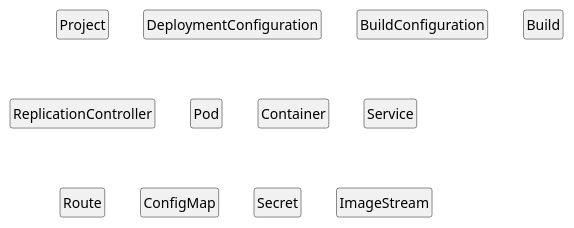
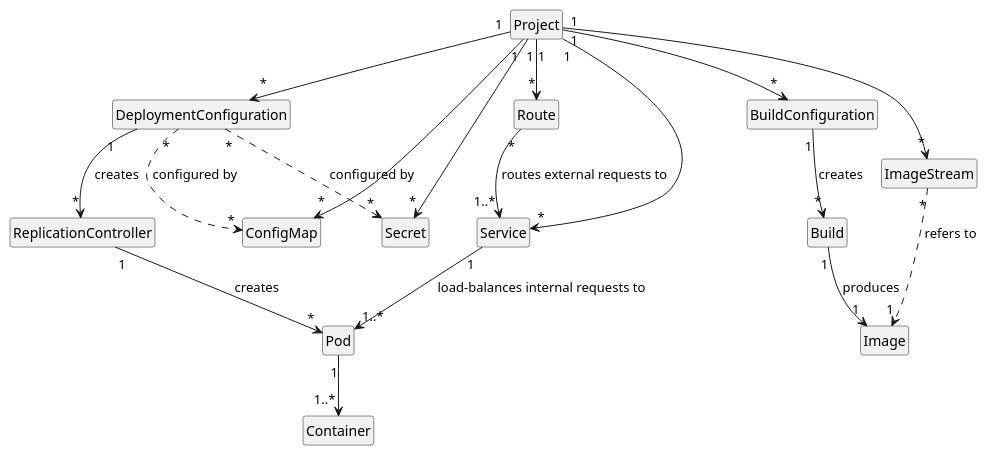
The diagram in openshift-resources.puml (Ostetun/doc), drawn with PlantUML before and after one commit.

```diff
--- a/openshift-resources.puml
+++ b/openshift-resources.puml
@@ -1,29 +1,62 @@
 @startuml
 hide empty members
 hide circle
 
 class Project 
 
 class DeploymentConfiguration
 
+Project "1" --> "*" DeploymentConfiguration
+
+DeploymentConfiguration "*" ..> "*" ConfigMap: configured by
+DeploymentConfiguration "*" ..> "*" Secret: configured by
+
 class BuildConfiguration
+
+Project "1" --> "*" BuildConfiguration
 
 class Build
 
+BuildConfiguration "1" --> "*" Build: creates
+
+Build "1" --> "1" Image: produces
+
 class ReplicationController
+
+DeploymentConfiguration "1" --> "*" ReplicationController : creates
 
 class Pod
 
+ReplicationController "1" --> "*" Pod : creates
+
 class Container
+
+Pod "1" --> "1..*" Container
 
 class Service
 
+Project "1" --> "*" Service
+
+Service "1" --> "1..*" Pod: load-balances internal requests to
+
+
 class Route
+
+Project "1" --> "*" Route
+
+Route "*" --> "1..*" Service: routes external requests to
 
 class ConfigMap
 
+Project "1" --> "*" ConfigMap
+
 class Secret
+
+Project "1" --> "*" Secret
 
 class ImageStream
 
+Project "1" --> "*" ImageStream
+
+ImageStream "*" ..> "1" Image : refers to
 @enduml
```
